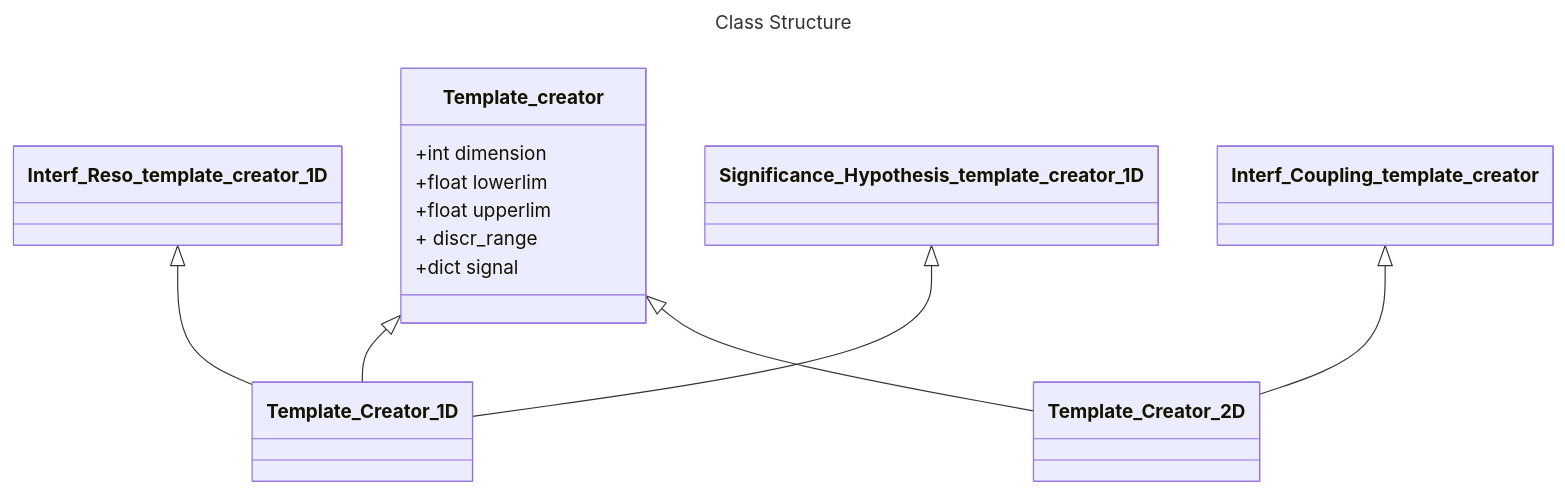
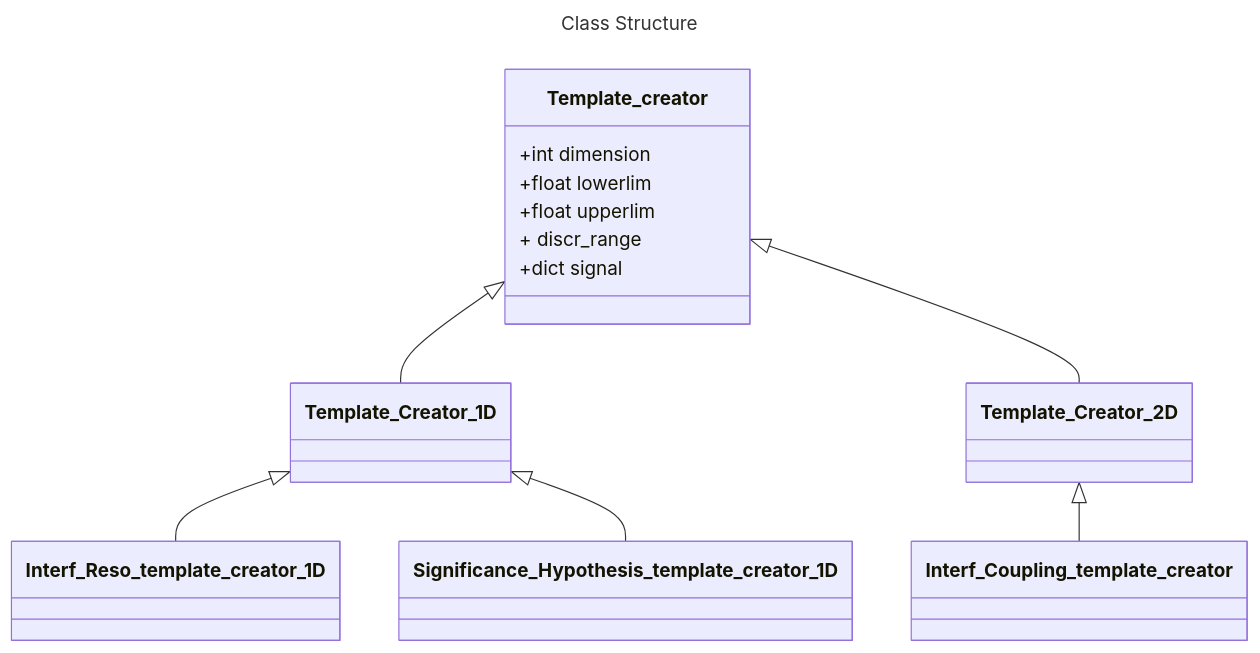
Before and after one commit to hexutils/Combine-Template-Creation: the diagram in README.md, drawn with Mermaid.

````diff
--- a/README.md
+++ b/README.md
@@ -27,18 +27,18 @@
 ```mermaid
 ---
 title: Class Structure
 ---
 classDiagram
   Template_creator <|-- Template_Creator_1D
   Template_creator <|-- Template_Creator_2D
-  Interf_Coupling_template_creator <|-- Template_Creator_2D
-  Interf_Reso_template_creator_1D <|-- Template_Creator_1D
-  Significance_Hypothesis_template_creator_1D <|-- Template_Creator_1D
+  Template_Creator_2D <|-- Interf_Coupling_template_creator
+  Template_Creator_1D <|-- Interf_Reso_template_creator_1D
+  Template_Creator_1D <|-- Significance_Hypothesis_template_creator_1D
   class Template_creator{
     +int dimension
     +float lowerlim
     +float upperlim
     +<float, float> discr_range
     +dict signal
   }
 ```
````
